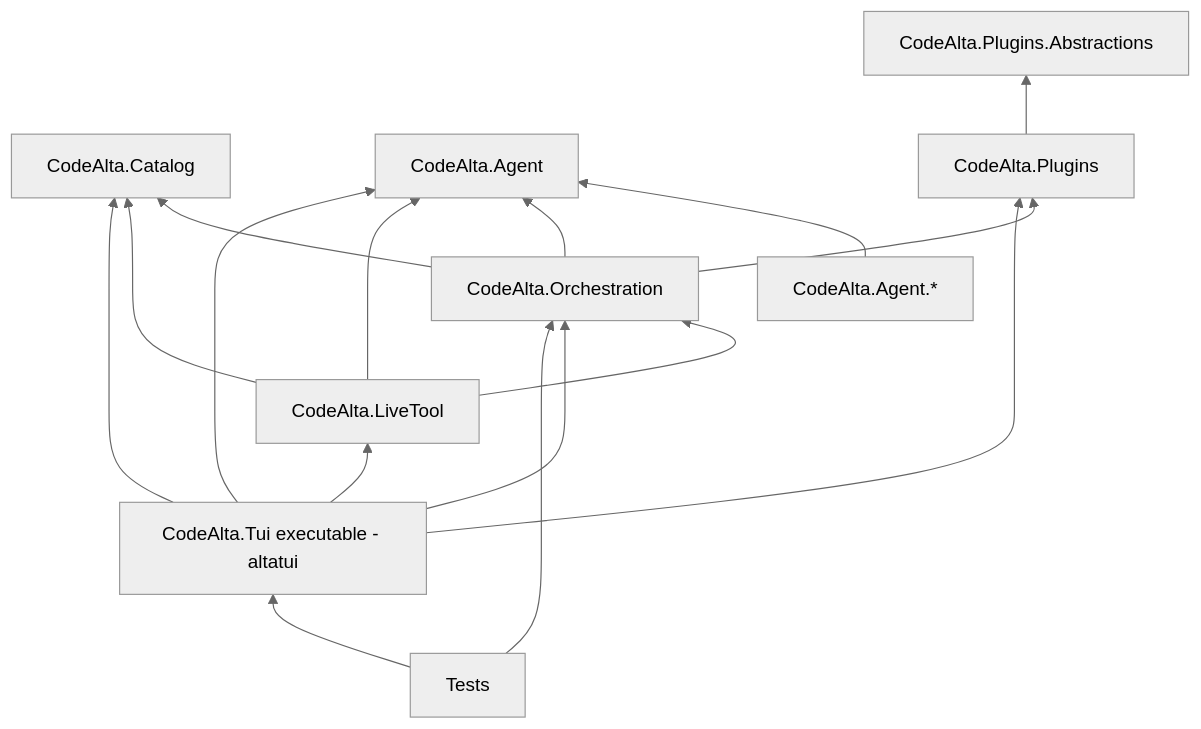
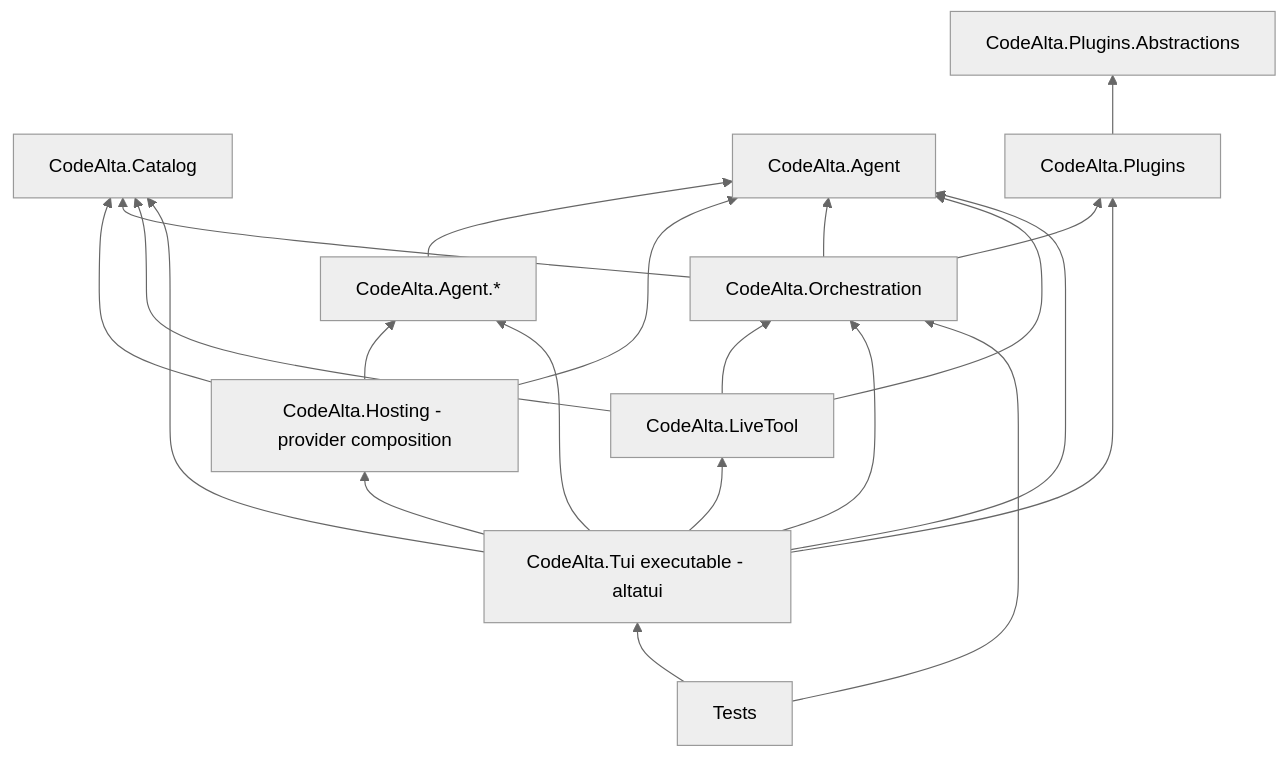
The second of 4 diagrams in doc/architecture.md (CodeAlta/CodeAlta), drawn with Mermaid (neutral theme) before and after one commit. The commit also changed other lines of this file and 21 other files, not shown here.

Commit message:
Refactor configured provider composition into shared hosting

````diff
--- a/doc/architecture.md
+++ b/doc/architecture.md
@@ -41,28 +43,34 @@
 ```mermaid
 flowchart BT
     Catalog[CodeAlta.Catalog]
     Agent[CodeAlta.Agent]
     PluginApi[CodeAlta.Plugins.Abstractions]
     Plugins[CodeAlta.Plugins]
     ProviderPackages[CodeAlta.Agent.*]
     LiveTool[CodeAlta.LiveTool]
     Orchestration[CodeAlta.Orchestration]
+    Hosting[CodeAlta.Hosting - provider composition]
     Frontend[CodeAlta.Tui executable - altatui]
     Tests[Tests]
 
     Plugins --> PluginApi
     ProviderPackages --> Agent
+    Hosting --> ProviderPackages
+    Hosting --> Agent
+    Hosting --> Catalog
     Orchestration --> Agent
     Orchestration --> Catalog
     Orchestration --> Plugins
     LiveTool --> Agent
     LiveTool --> Catalog
     LiveTool --> Orchestration
     Frontend --> Orchestration
+    Frontend --> Hosting
+    Frontend --> ProviderPackages
     Frontend --> Catalog
     Frontend --> Agent
     Frontend --> LiveTool
     Frontend --> Plugins
     Tests --> Frontend
     Tests --> Orchestration
 ```
````
